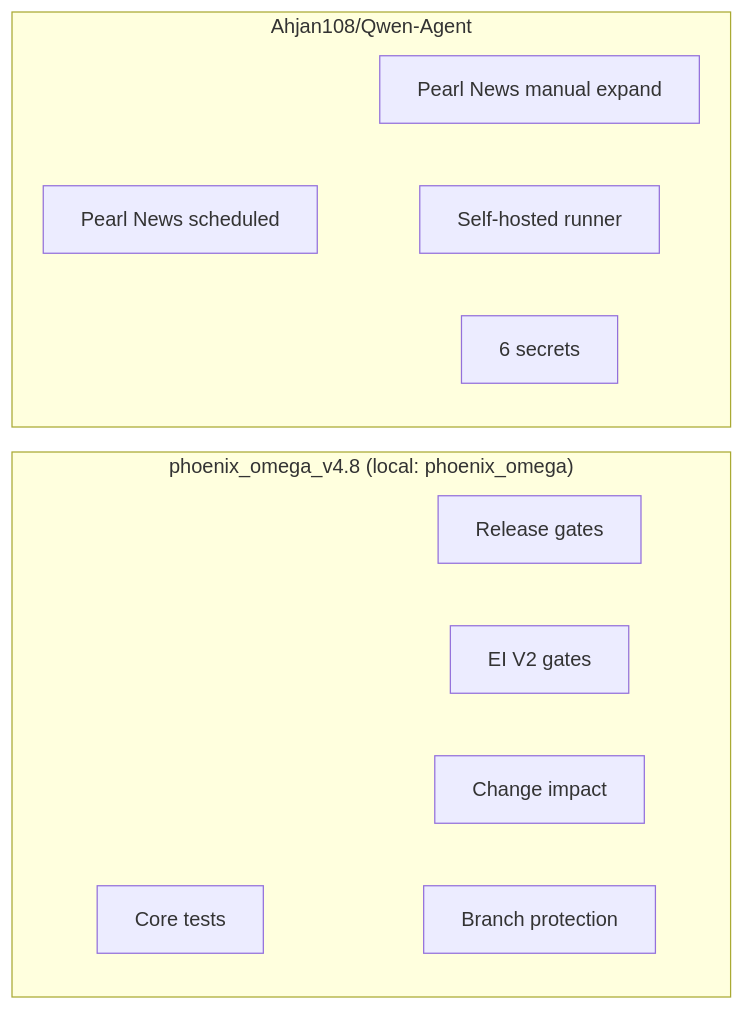
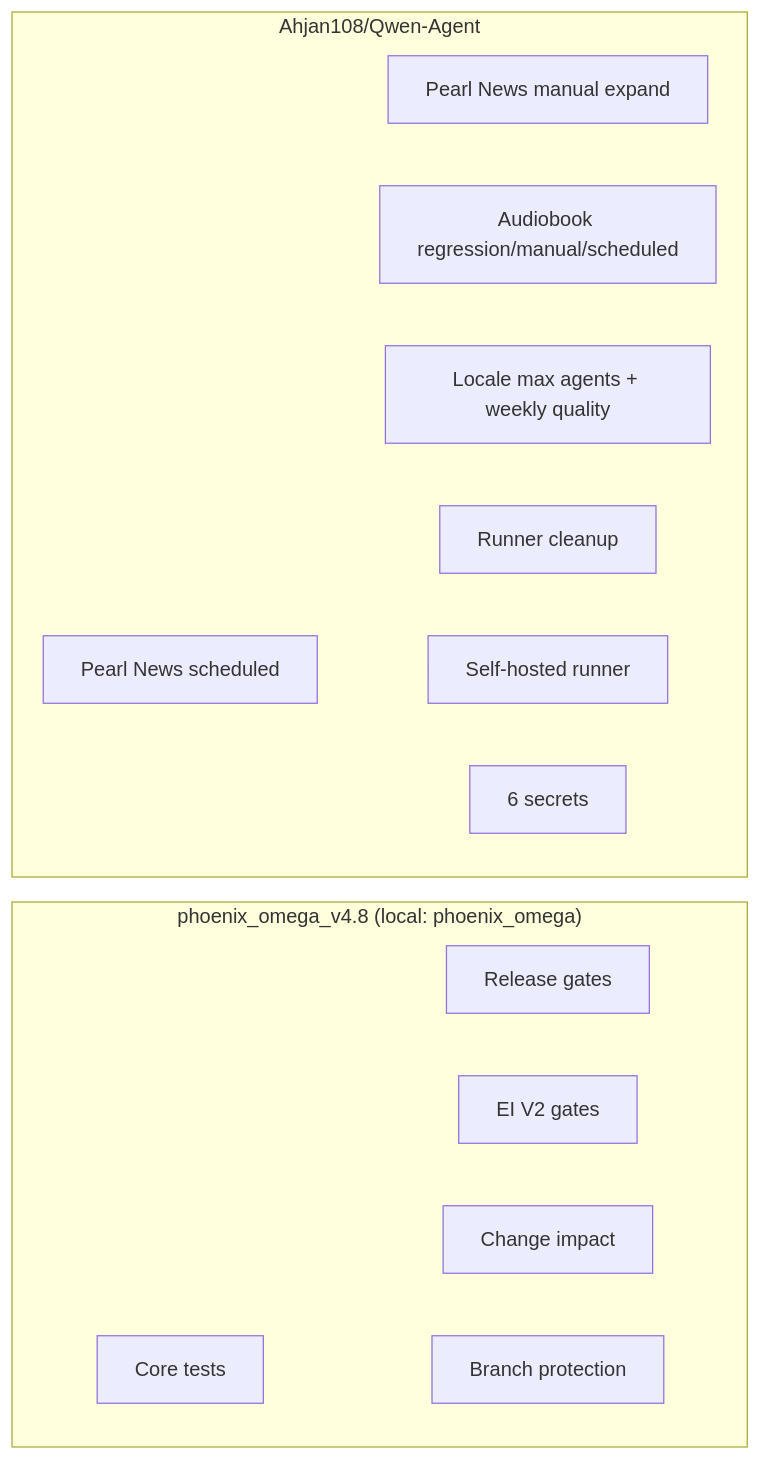
One commit to Ahjan108/phoenix_omega_v4.8 changed the diagram in docs/GITHUB_OPERATIONS_FRAMEWORK.md. Above: the diagram before and after it, drawn with Mermaid. The commit also changed other lines of this file and 127 other files, not shown here.

````diff
--- a/docs/GITHUB_OPERATIONS_FRAMEWORK.md
+++ b/docs/GITHUB_OPERATIONS_FRAMEWORK.md
@@ -22,18 +22,21 @@
 ```mermaid
 flowchart LR
   subgraph Phoenix ["phoenix_omega_v4.8 (local: phoenix_omega)"]
     W1[Core tests]
     W2[Release gates]
     W3[EI V2 gates]
     W4[Change impact]
     BP[Branch protection]
   end
   subgraph Qwen ["Ahjan108/Qwen-Agent"]
     PN1[Pearl News scheduled]
     PN2[Pearl News manual expand]
+    AB1[Audiobook regression/manual/scheduled]
+    LOC1[Locale max agents + weekly quality]
+    OPS1[Runner cleanup]
     Runner[Self-hosted runner]
     Secrets[6 secrets]
   end
   Phoenix --> BP
   Qwen --> Runner
 ```
````
